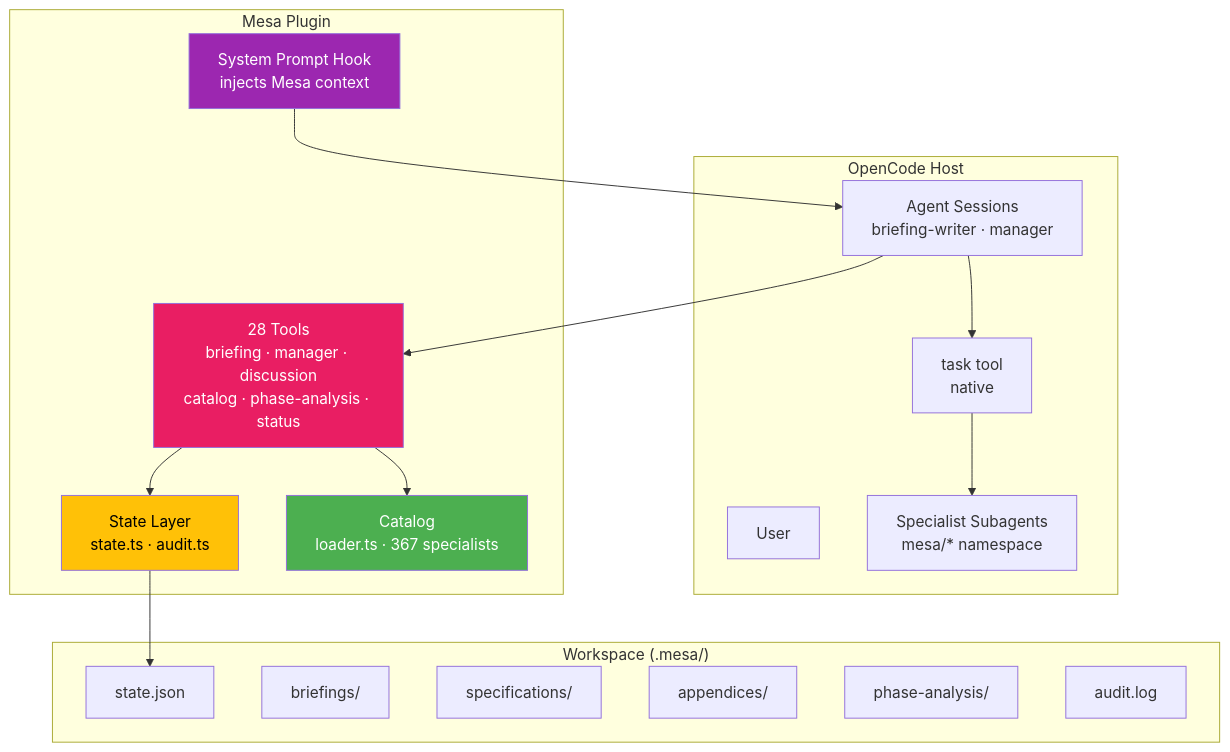
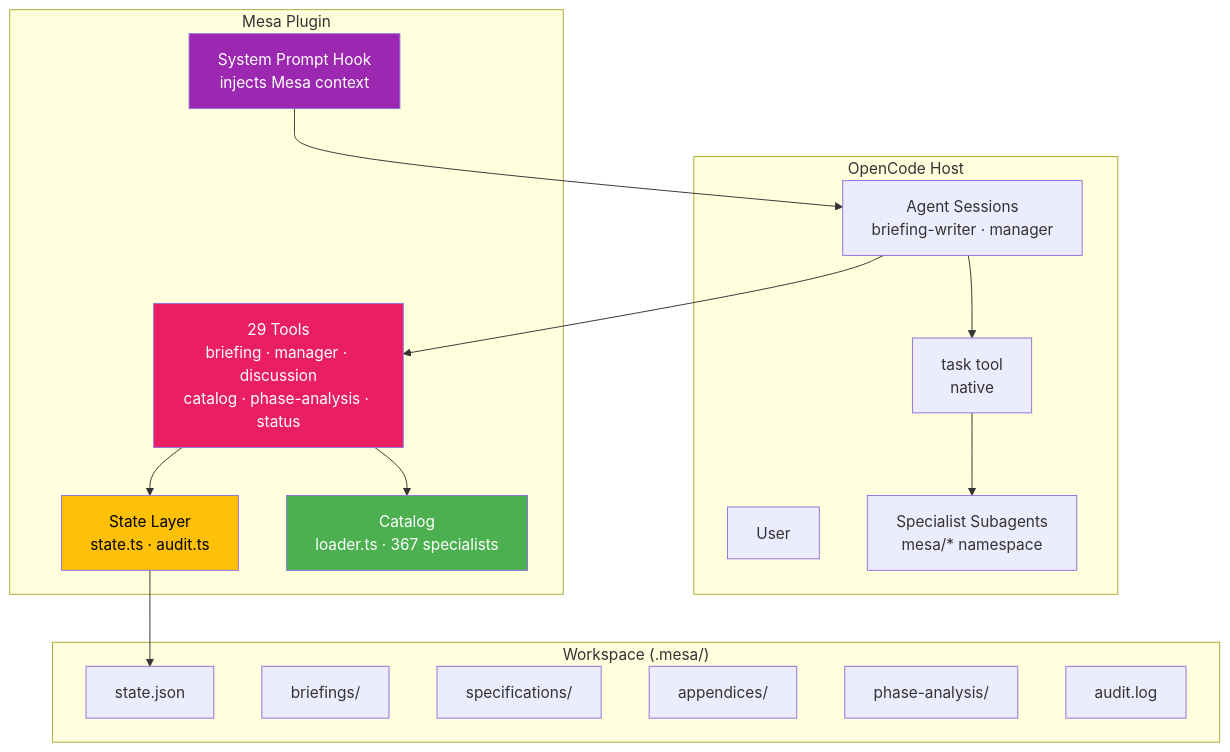
The third of 3 diagrams in README.md (hacklabr/opencode-mesa), drawn with Mermaid before and after one commit. The commit also changed other lines of this file and 7 other files, not shown here.

````diff
--- a/README.md
+++ b/README.md
@@ -315,36 +319,36 @@
 ```mermaid
 graph TB
     subgraph "OpenCode Host"
         User[User]
         Agents[Agent Sessions\nbriefing-writer · manager]
         TaskTool[task tool\nnative]
         SubAgents["Specialist Subagents\nmesa/* namespace"]
     end
 
     subgraph "Mesa Plugin"
-        Tools["28 Tools\nbriefing · manager · discussion\ncatalog · phase-analysis · status"]
+        Tools["29 Tools\nbriefing · manager · discussion\ncatalog · phase-analysis · status"]
         State["State Layer\nstate.ts · audit.ts"]
         Catalog["Catalog\nloader.ts · 367 specialists"]
         Hook["System Prompt Hook\ninjects Mesa context"]
     end
 
     subgraph "Workspace (.mesa/)"
         StateFile[state.json]
         Briefings[briefings/]
         Specs[specifications/]
         Appendices[appendices/]
         PhaseDrafts[phase-analysis/]
         AuditFile[audit.log]
     end
 
     Tools --> State --> StateFile
     Tools --> Catalog
     Hook --> Agents
     Agents --> Tools
     Agents --> TaskTool --> SubAgents
 
     style Tools fill:#E91E63,color:#fff
     style State fill:#FFC107,color:#000
     style Catalog fill:#4CAF50,color:#fff
     style Hook fill:#9C27B0,color:#fff
 ```
````
